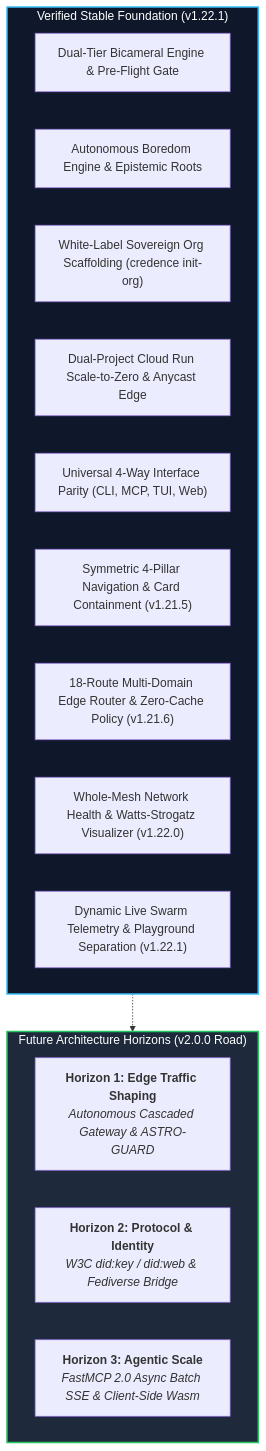
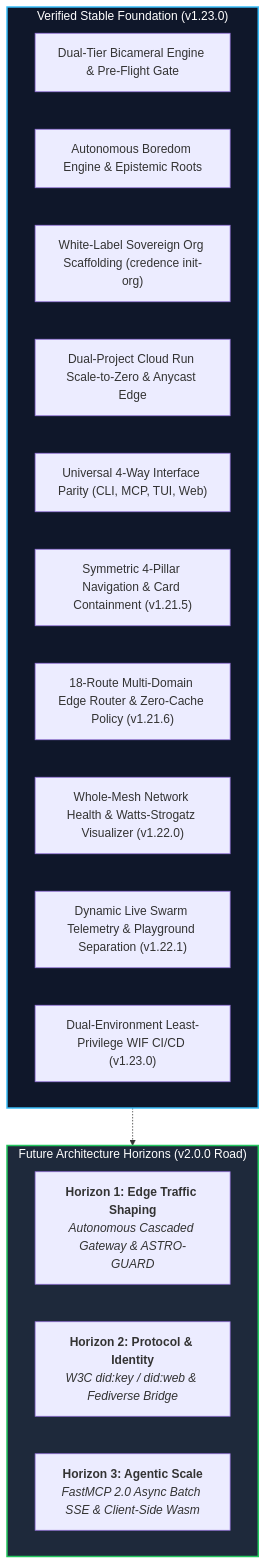
One commit to artibyrd/credence-docs changed the diagram in docs/roadmap.md. Above: the diagram before and after it, drawn with Mermaid. The commit also changed other lines of this file and 4 other files, not shown here.

Commit message:
feat(ci): release v1.23.0 - dual-environment least-privileged WIF CI/CD & automated Cloud Run deployment

````diff
--- a/docs/roadmap.md
+++ b/docs/roadmap.md
@@ -32,28 +32,29 @@
 ```mermaid
 flowchart TD
-    subgraph Foundation["Verified Stable Foundation (v1.22.1)"]
+    subgraph Foundation["Verified Stable Foundation (v1.23.0)"]
         F1["Dual-Tier Bicameral Engine & Pre-Flight Gate"]
         F2["Autonomous Boredom Engine & Epistemic Roots"]
         F3["White-Label Sovereign Org Scaffolding (credence init-org)"]
         F4["Dual-Project Cloud Run Scale-to-Zero & Anycast Edge"]
         F5["Universal 4-Way Interface Parity (CLI, MCP, TUI, Web)"]
         F6["Symmetric 4-Pillar Navigation & Card Containment (v1.21.5)"]
         F7["18-Route Multi-Domain Edge Router & Zero-Cache Policy (v1.21.6)"]
         F8["Whole-Mesh Network Health & Watts-Strogatz Visualizer (v1.22.0)"]
         F9["Dynamic Live Swarm Telemetry & Playground Separation (v1.22.1)"]
+        F10["Dual-Environment Least-Privilege WIF CI/CD (v1.23.0)"]
     end
 
 
     subgraph Horizons["Future Architecture Horizons (v2.0.0 Road)"]
         H1["<b>Horizon 1: Edge Traffic Shaping</b><br/><i>Autonomous Cascaded Gateway & ASTRO-GUARD</i>"]
         H2["<b>Horizon 2: Protocol & Identity</b><br/><i>W3C did:key / did:web & Fediverse Bridge</i>"]
         H3["<b>Horizon 3: Agentic Scale</b><br/><i>FastMCP 2.0 Async Batch SSE & Client-Side Wasm</i>"]
     end
 
     Foundation -.-> Horizons
 
     classDef darkSlate fill:#0f172a,stroke:#38bdf8,stroke-width:2px,color:#fff;
     classDef highlight fill:#1e293b,stroke:#22c55e,stroke-width:2px,color:#fff;
     class Foundation darkSlate;
     class Horizons highlight;
 ```
````
